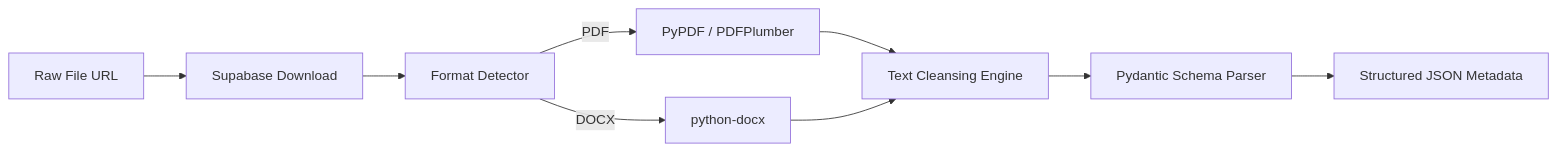
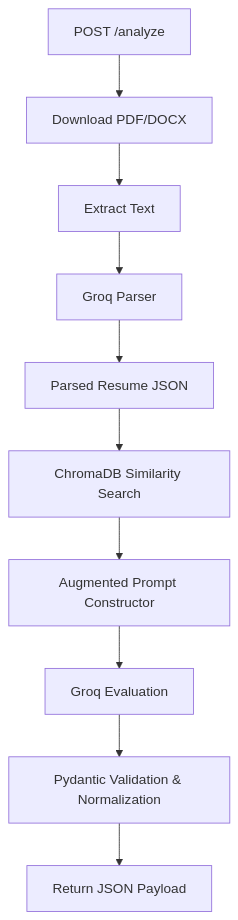
The fifth of 7 diagrams in docs/09_AI_Architecture.md (JinayShah10/RecruitIQ), drawn with Mermaid before and after one commit. The commit also changed other lines of this file, not shown here.

Commit message:
refactor(ai): redesign AI pipeline architecture from scratch

````diff
--- a/docs/09_AI_Architecture.md
+++ b/docs/09_AI_Architecture.md
@@ -108,10 +217,12 @@
 ```mermaid
-graph LR
-    A[Raw File URL] --> B[Supabase Download]
-    B --> C[Format Detector]
-    C -->|PDF| D[PyPDF / PDFPlumber]
-    C -->|DOCX| E[python-docx]
-    D & E --> F[Text Cleansing Engine]
-    F --> G[Pydantic Schema Parser]
-    G --> H[Structured JSON Metadata]
+graph TD
+    A[POST /analyze] --> B[Download PDF/DOCX]
+    B --> C[Extract Text]
+    C --> D[Groq Parser]
+    D --> E[Parsed Resume JSON]
+    E --> F[ChromaDB Similarity Search]
+    F --> G[Augmented Prompt Constructor]
+    G --> H[Groq Evaluation]
+    H --> I[Pydantic Validation & Normalization]
+    I --> J[Return JSON Payload]
 ```
````
